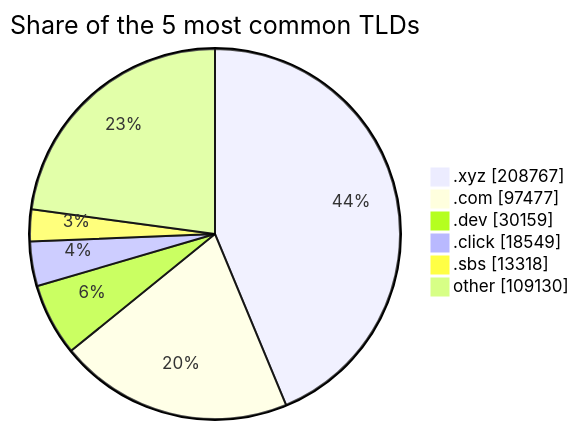
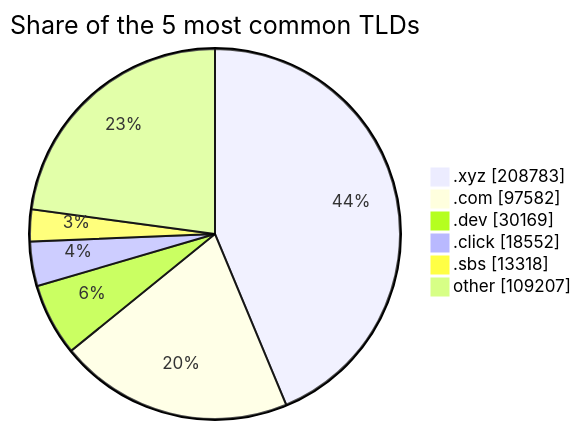
One commit to DNSBunker/CTI changed the third of 3 diagrams in README.md. Above: the diagram before and after it, drawn with Mermaid. The commit also changed other lines of this file and 3 other files, not shown here.

````diff
--- a/README.md
+++ b/README.md
@@ -81,9 +81,9 @@
 ```mermaid
 pie showData title Share of the 5 most common TLDs
-    ".xyz" : 208767
-    ".com" : 97477
-    ".dev" : 30159
-    ".click" : 18549
+    ".xyz" : 208783
+    ".com" : 97582
+    ".dev" : 30169
+    ".click" : 18552
     ".sbs" : 13318
-    "other" : 109130
+    "other" : 109207
 ```
````
